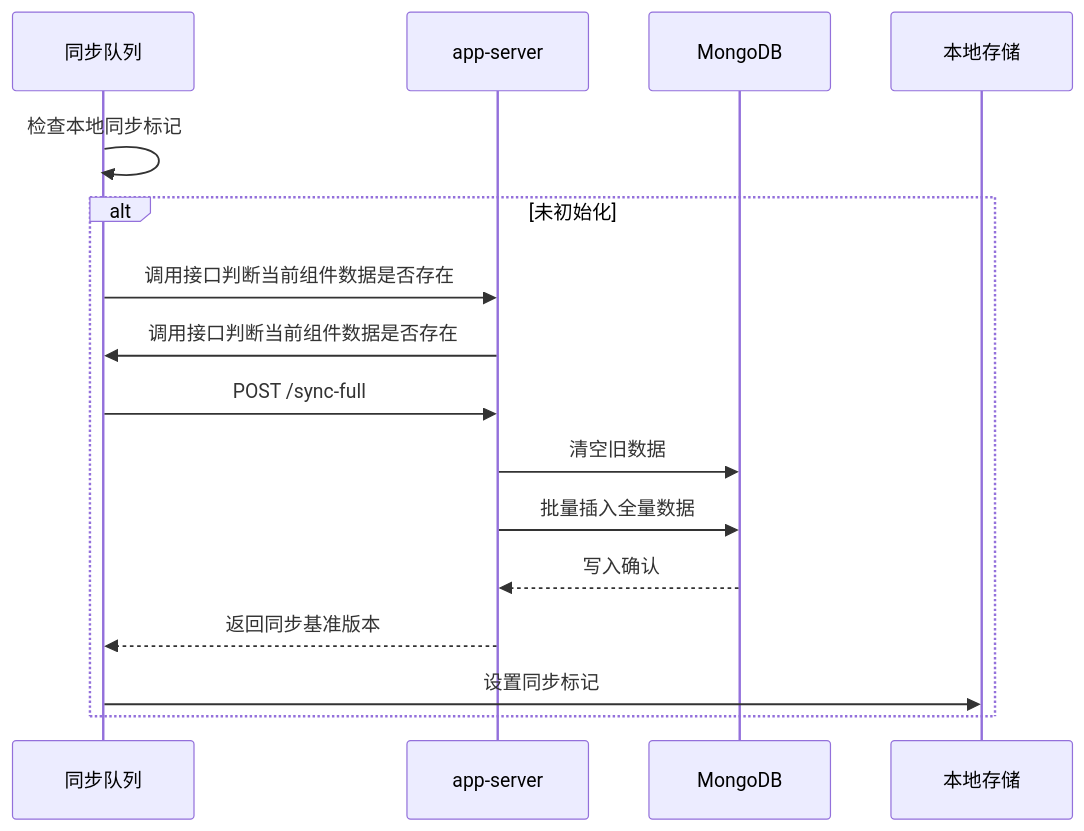
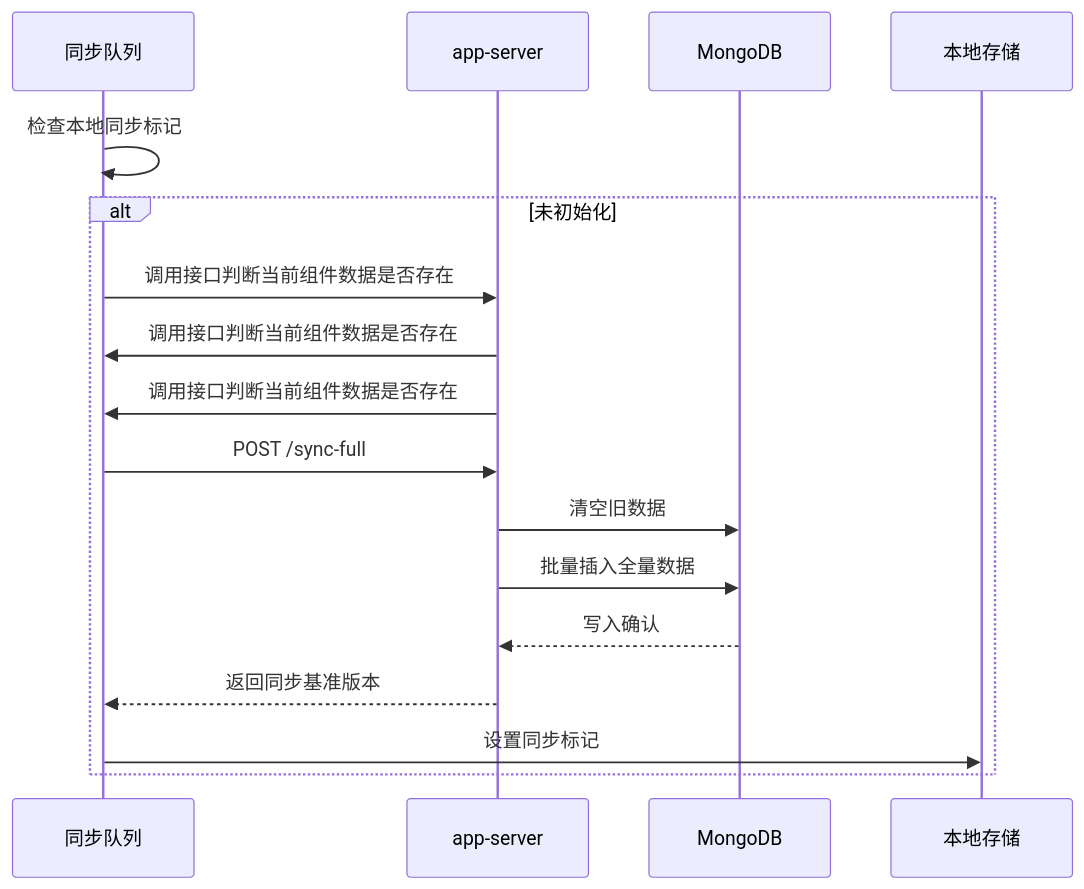
One commit to yingjianzh/iodraw-files changed the diagram in all/未命名-24.md. Above: the diagram before and after it, drawn with Mermaid.

Commit message:
2025-02-21 18:26:20 update

````diff
--- a/all/未命名-24.md
+++ b/all/未命名-24.md
@@ -1,18 +1,19 @@
 ```mermaid
 sequenceDiagram
     participant 同步队列
     participant app-server
     participant MongoDB
 
     同步队列->>同步队列: 检查本地同步标记
     alt 未初始化
         同步队列->>app-server: 调用接口判断当前组件数据是否存在
         app-server->>同步队列: 调用接口判断当前组件数据是否存在
+        app-server->>同步队列: 调用接口判断当前组件数据是否存在
         同步队列->>app-server: POST /sync-full
         app-server->>MongoDB: 清空旧数据
         app-server->>MongoDB: 批量插入全量数据
         MongoDB-->>app-server: 写入确认
         app-server-->>同步队列: 返回同步基准版本
         同步队列->>本地存储: 设置同步标记
     end
 ```
````
